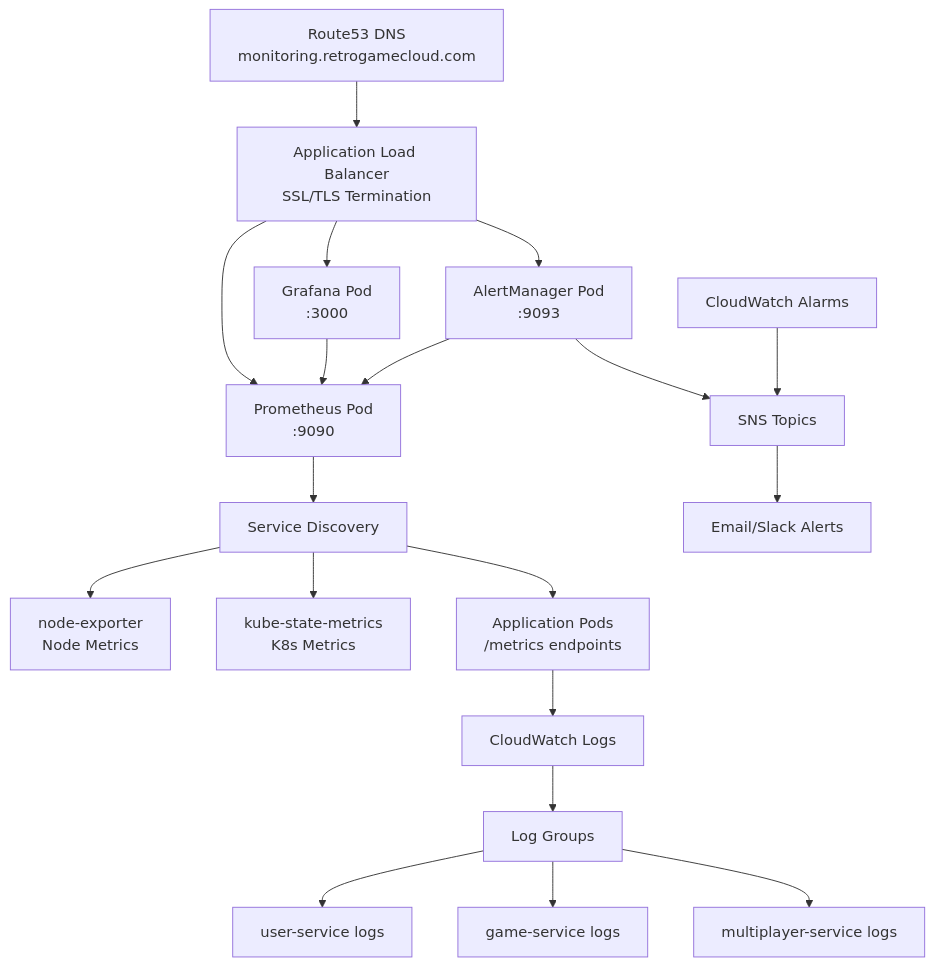
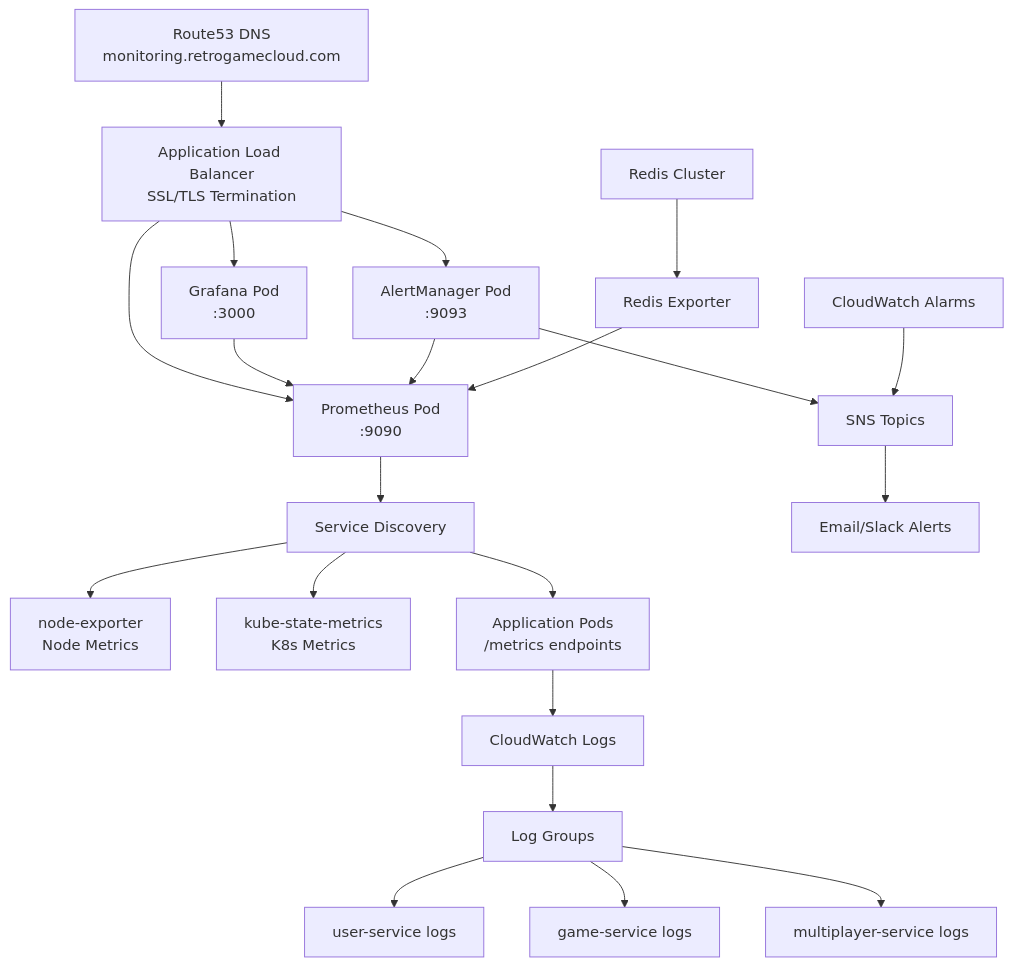
One commit to retrogamecloud/docs changed the diagram in infrastructure/monitoring.mdx. Above: the diagram before and after it, drawn with Mermaid. The commit also changed other lines of this file and 18 other files, not shown here.

````diff
--- a/infrastructure/monitoring.mdx
+++ b/infrastructure/monitoring.mdx
@@ -40,26 +39,28 @@
 ```mermaid
 graph TD
     A[Route53 DNS<br/>monitoring.retrogamecloud.com] --> B[Application Load Balancer<br/>SSL/TLS Termination]
     B --> C[Grafana Pod<br/>:3000]
     B --> D[Prometheus Pod<br/>:9090]
     B --> E[AlertManager Pod<br/>:9093]
 
     D --> F[Service Discovery]
     F --> G[node-exporter<br/>Node Metrics]
     F --> H[kube-state-metrics<br/>K8s Metrics]
     F --> I[Application Pods<br/>/metrics endpoints]
 
     J[CloudWatch Logs] --> K[Log Groups]
     K --> L[user-service logs]
     K --> M[game-service logs]
     K --> N[multiplayer-service logs]
 
     C --> D
     E --> D
     E --> O[SNS Topics]
     O --> P[Email/Slack Alerts]
 
     Q[CloudWatch Alarms] --> O
     I --> J
 
+    R[Redis Exporter] --> D
+    S[Redis Cluster] --> R
 ```
````
